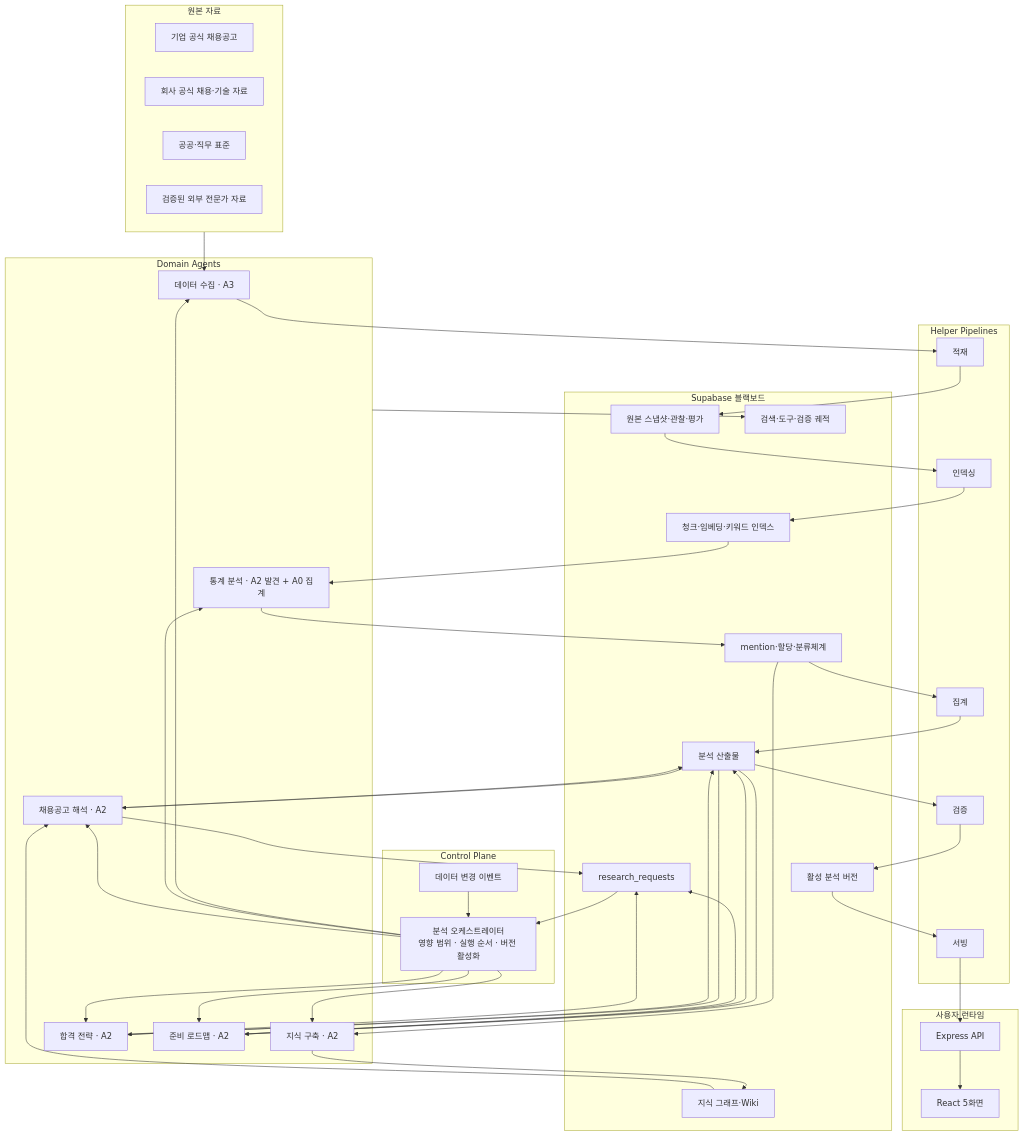
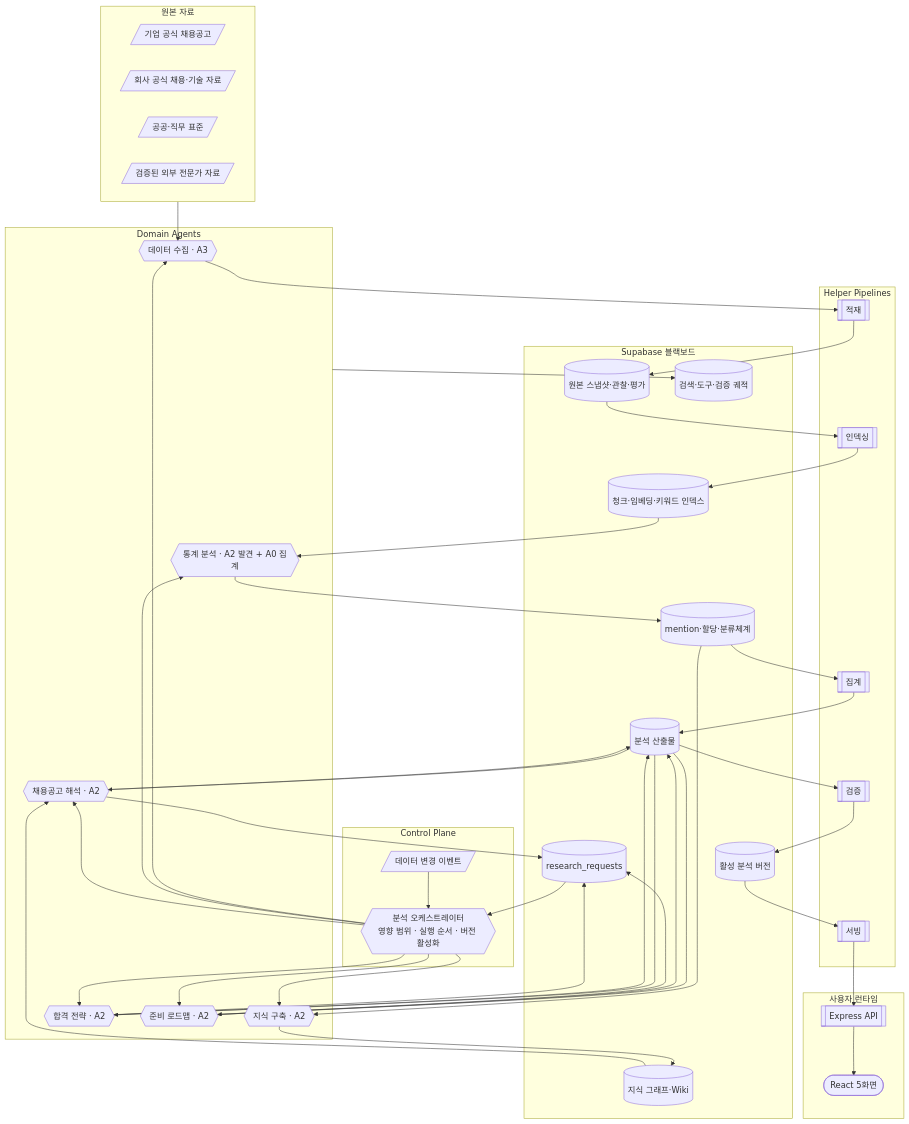
Before and after one commit to Mureung1/hub-showcase: the first of 5 diagrams in docs/architecture.md, drawn with Mermaid. The commit also changed other lines of this file and 3 other files, not shown here.

Commit message:
docs: define knowledge schema, statistics model, and execution layers

````diff
--- a/docs/architecture.md
+++ b/docs/architecture.md
@@ -68,75 +68,75 @@
 ```mermaid
 flowchart TB
     subgraph SRC["원본 자료"]
-        SA["기업 공식 채용공고"]
-        SB["회사 공식 채용·기술 자료"]
-        SC["공공·직무 표준"]
-        SD["검증된 외부 전문가 자료"]
+        SA[/"기업 공식 채용공고"/]
+        SB[/"회사 공식 채용·기술 자료"/]
+        SC[/"공공·직무 표준"/]
+        SD[/"검증된 외부 전문가 자료"/]
     end
 
     subgraph CTRL["Control Plane"]
-        CHANGE["데이터 변경 이벤트"]
-        ORCH["분석 오케스트레이터<br/>영향 범위 · 실행 순서 · 버전 활성화"]
+        CHANGE[/"데이터 변경 이벤트"/]
+        ORCH{{"분석 오케스트레이터<br/>영향 범위 · 실행 순서 · 버전 활성화"}}
     end
 
     subgraph AGENTS["Domain Agents"]
-        COL["데이터 수집 · A3"]
-        KB["지식 구축 · A2"]
-        STAT["통계 분석 · A2 발견 + A0 집계"]
-        INTER["채용공고 해석 · A2"]
-        STRAT["합격 전략 · A2"]
-        ROAD["준비 로드맵 · A2"]
+        COL{{"데이터 수집 · A3"}}
+        KB{{"지식 구축 · A2"}}
+        STAT{{"통계 분석 · A2 발견 + A0 집계"}}
+        INTER{{"채용공고 해석 · A2"}}
+        STRAT{{"합격 전략 · A2"}}
+        ROAD{{"준비 로드맵 · A2"}}
     end
 
     subgraph PIPE["Helper Pipelines"]
-        P1["적재"]
-        P2["인덱싱"]
-        P3["집계"]
-        P4["검증"]
-        P5["서빙"]
+        P1[["적재"]]
+        P2[["인덱싱"]]
+        P3[["집계"]]
+        P4[["검증"]]
+        P5[["서빙"]]
     end
 
     subgraph BB["Supabase 블랙보드"]
-        RAW["원본 스냅샷·관찰·평가"]
-        IDX["청크·임베딩·키워드 인덱스"]
-        FACT["mention·할당·분류체계"]
-        GRAPH["지식 그래프·Wiki"]
-        OUT["분석 산출물"]
-        REQ["research_requests"]
-        TRACE["검색·도구·검증 궤적"]
-        ACTIVE["활성 분석 버전"]
+        RAW[("원본 스냅샷·관찰·평가")]
+        IDX[("청크·임베딩·키워드 인덱스")]
+        FACT[("mention·할당·분류체계")]
+        GRAPH[("지식 그래프·Wiki")]
+        OUT[("분석 산출물")]
+        REQ[("research_requests")]
+        TRACE[("검색·도구·검증 궤적")]
+        ACTIVE[("활성 분석 버전")]
     end
 
     subgraph RT["사용자 런타임"]
-        API["Express API"]
-        UI["React 5화면"]
+        API[["Express API"]]
+        UI(["React 5화면"])
     end
 
     SRC --> COL
     CHANGE --> ORCH
     ORCH --> COL
     ORCH --> KB
     ORCH --> STAT
     ORCH --> INTER
     ORCH --> STRAT
     ORCH --> ROAD
 
     COL --> P1 --> RAW
     RAW --> P2 --> IDX
     IDX --> STAT --> FACT
     FACT --> P3 --> OUT
     FACT --> KB --> GRAPH
     GRAPH --> INTER
     OUT --> INTER --> OUT
     OUT --> STRAT --> OUT
     OUT --> ROAD --> OUT
 
     INTER --> REQ
     STRAT --> REQ
     ROAD --> REQ
     REQ --> ORCH
 
     AGENTS --> TRACE
     OUT --> P4 --> ACTIVE
     ACTIVE --> P5 --> API --> UI
 ```
````
